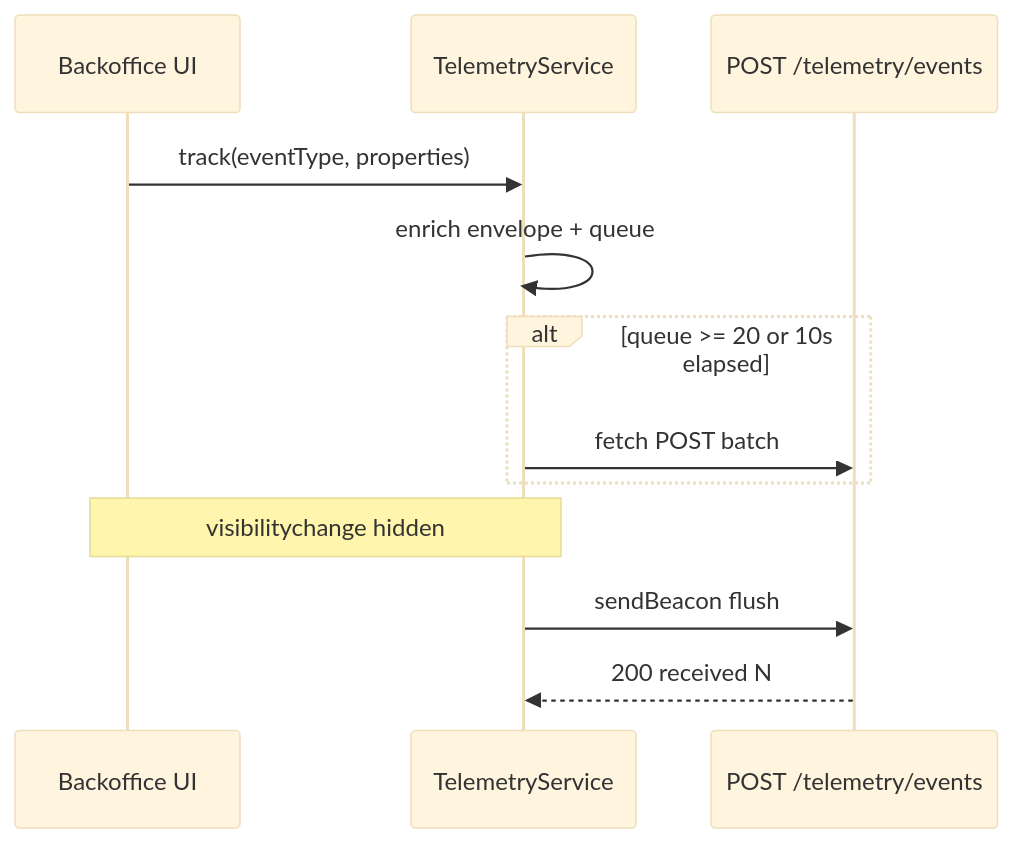
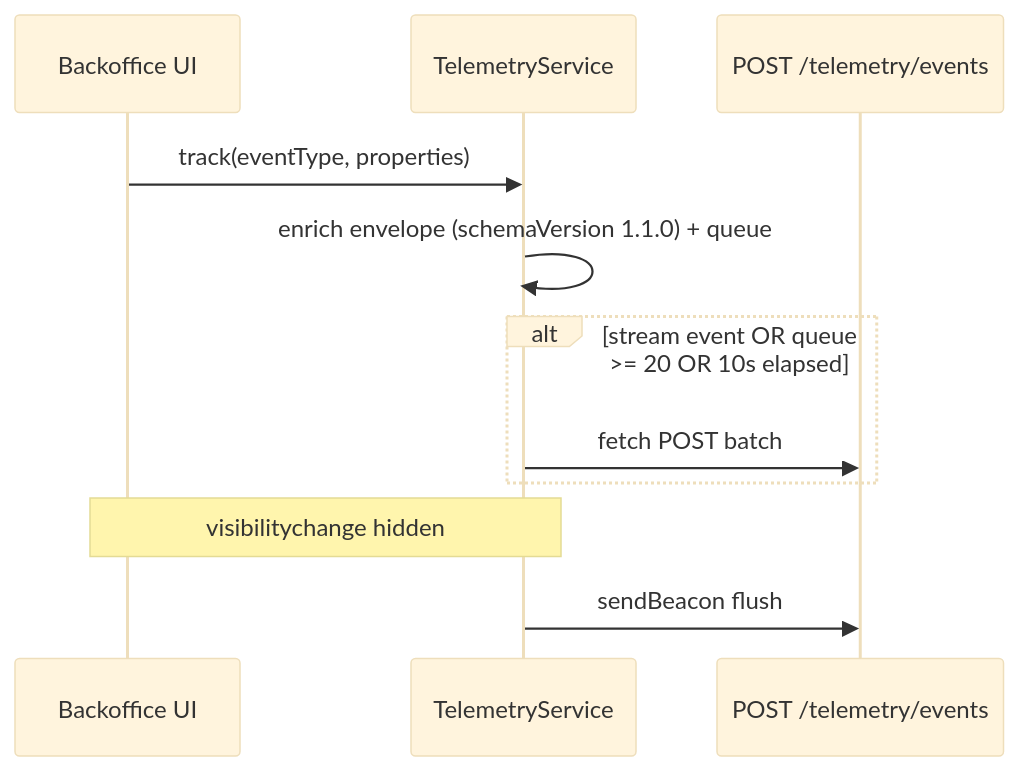
The diagram in memory-bank/references/telemetry_ai_plan/telemetry_frontend_implementation_plan.md (chitrasharath/chitrasharath_healthcore_ft_ai_1), drawn with Mermaid (base theme) before and after one commit. The commit also changed other lines of this file and 2 other files, not shown here.

````diff
--- a/memory-bank/references/telemetry_ai_plan/telemetry_frontend_implementation_plan.md
+++ b/memory-bank/references/telemetry_ai_plan/telemetry_frontend_implementation_plan.md
@@ -80,15 +111,14 @@
 ```mermaid
 sequenceDiagram
   participant UI as Backoffice UI
   participant TS as TelemetryService
   participant API as POST /telemetry/events
 
   UI->>TS: track(eventType, properties)
-  TS->>TS: enrich envelope + queue
-  alt queue >= 20 or 10s elapsed
+  TS->>TS: enrich envelope (schemaVersion 1.1.0) + queue
+  alt stream event OR queue >= 20 OR 10s elapsed
     TS->>API: fetch POST batch
   end
   Note over UI,TS: visibilitychange hidden
   TS->>API: sendBeacon flush
-  API-->>TS: 200 received N
 ```
````
